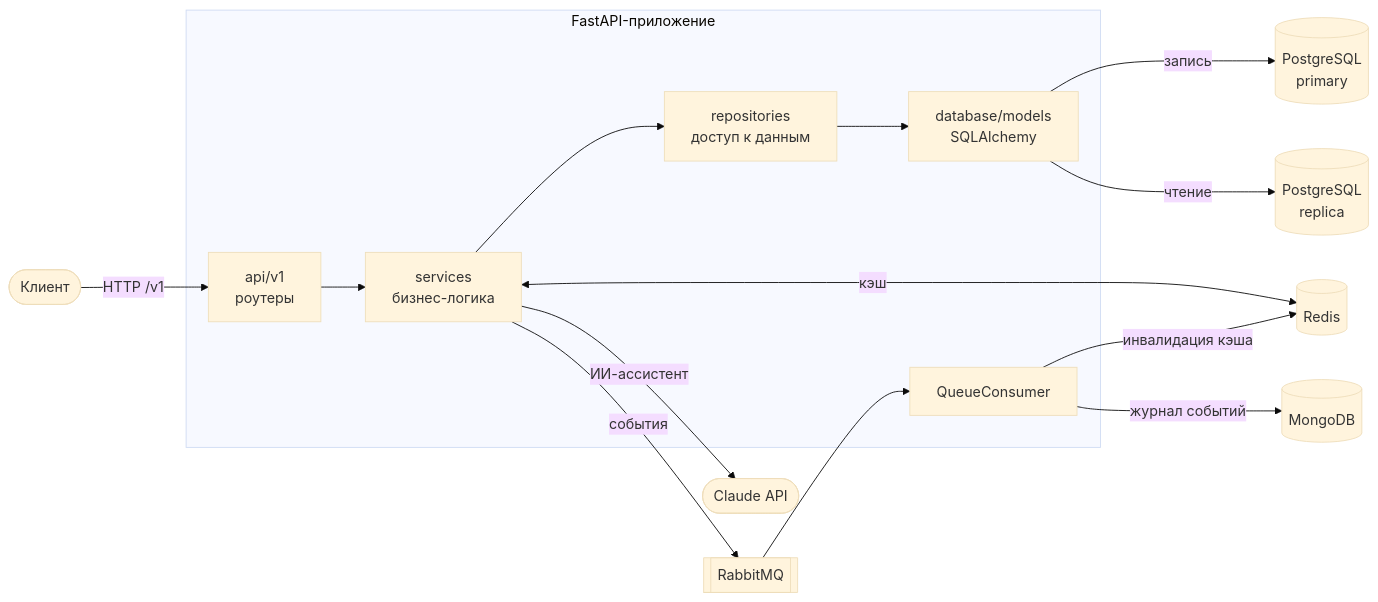
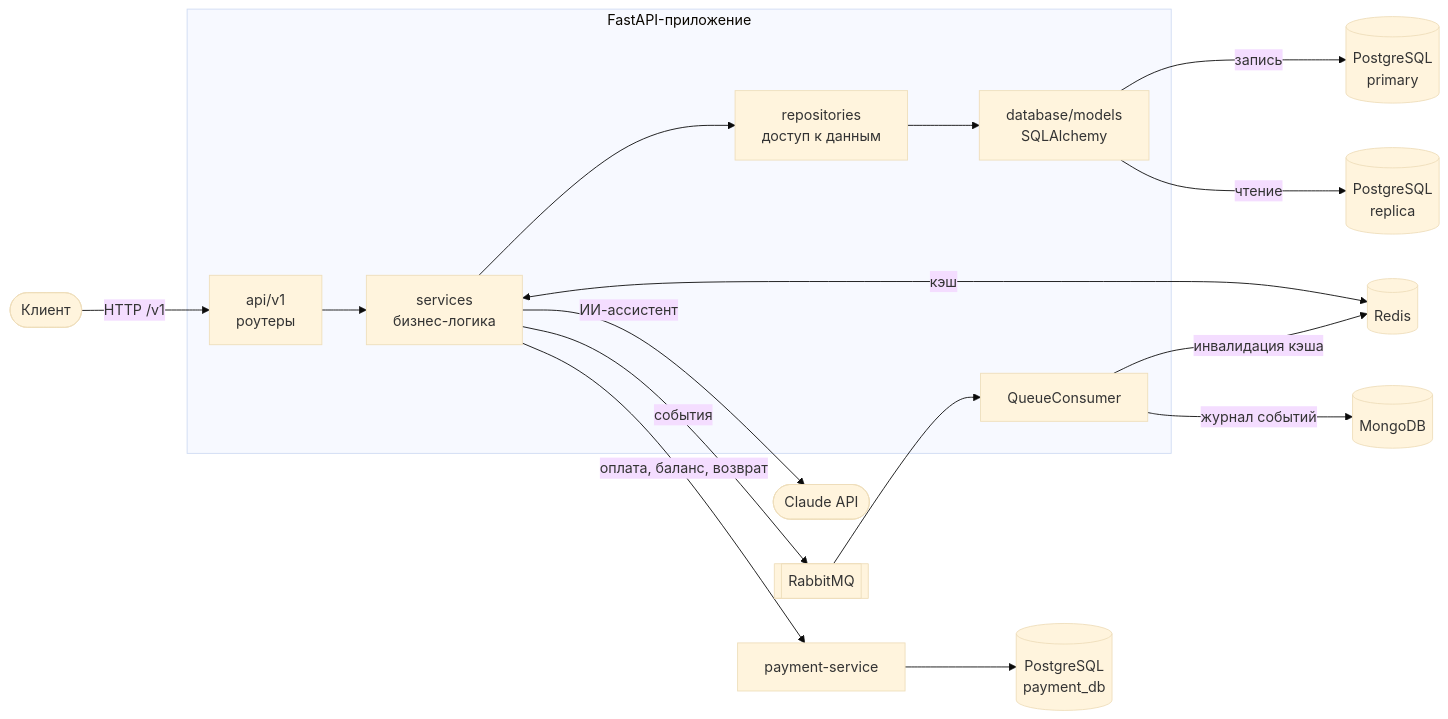
Before and after one commit to DiMiRka/SFMShop: the diagram in README.md, drawn with Mermaid (base theme). The commit also changed other lines of this file and 40 other files, not shown here.

Commit message:
Switch orders and balances to payment-service

````diff
--- a/README.md
+++ b/README.md
@@ -47,20 +48,22 @@
 ```mermaid
 flowchart LR
     Client([Клиент]) -->|HTTP /v1| API
 
     subgraph App["FastAPI-приложение"]
         API["api/v1<br/>роутеры"] --> Services["services<br/>бизнес-логика"]
         Services --> Repos["repositories<br/>доступ к данным"]
         Repos --> Models["database/models<br/>SQLAlchemy"]
         Consumer["QueueConsumer"]
     end
 
     Models -->|запись| PGW[(PostgreSQL<br/>primary)]
     Models -->|чтение| PGR[(PostgreSQL<br/>replica)]
     Services <-->|кэш| Redis[(Redis)]
     Services -->|ИИ-ассистент| LLM([Claude API])
     Services -->|события| MQ[[RabbitMQ]]
     MQ --> Consumer
     Consumer -->|инвалидация кэша| Redis
     Consumer -->|журнал событий| Mongo[(MongoDB)]
+    Services -->|оплата, баланс, возврат| Payment["payment-service"]
+    Payment --> PayDB[(PostgreSQL<br/>payment_db)]
 ```
````
